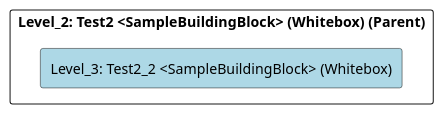
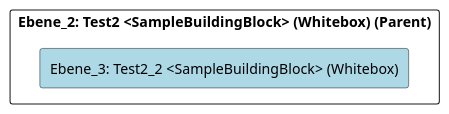
One commit to marcozwyssig/cleon changed the diagram in src/cleon.architecturemethods.arc42.sample/doc/cleon_architecturemethods_arc42_sample_arc42/adoc/de/05_bausteinsicht/chess/test2/test2_2/ebene_3_test2_2.adoc. Above: the diagram before and after it, drawn with PlantUML. The commit also changed other lines of this file and 214 other files, not shown here.

```diff
--- a/src/cleon.architecturemethods.arc42.sample/doc/cleon_architecturemethods_arc42_sample_arc42/adoc/de/05_bausteinsicht/chess/test2/test2_2/ebene_3_test2_2.adoc
+++ b/src/cleon.architecturemethods.arc42.sample/doc/cleon_architecturemethods_arc42_sample_arc42/adoc/de/05_bausteinsicht/chess/test2/test2_2/ebene_3_test2_2.adoc
@@ -20,24 +20,24 @@
-[plantuml, Level_3: Test2_2 <SampleBuildingBlock> (Whitebox)BlockOverview, format="svg"]
+[plantuml, Ebene_3: Test2_2 <SampleBuildingBlock> (Whitebox)BlockOverview, format="svg"]
 ----
-@startuml Level_3: Test2_2 <SampleBuildingBlock> (Whitebox)BuildingBlockOverview
+@startuml Ebene_3: Test2_2 <SampleBuildingBlock> (Whitebox)BuildingBlockOverview
 
 skinparam ranksep 10
 skinparam componentStyle rectangle
 skinparam shadowing false
 skinparam arrowColor lightblue
 skinparam arrowThickness 1.2
 skinparam rectangle {
   BackgroundColor White
   BorderColor #333
   RoundCorner 10
 }
 top to bottom direction
 
-component "Level_2: Test2 <SampleBuildingBlock> (Whitebox) (Parent)" {
-    component "Level_3: Test2_2 <SampleBuildingBlock> (Whitebox)" #lightblue {
+component "Ebene_2: Test2 <SampleBuildingBlock> (Whitebox) (Parent)" {
+    component "Ebene_3: Test2_2 <SampleBuildingBlock> (Whitebox)" #lightblue {
     }
 
 }
 
 @enduml
 ----
```
